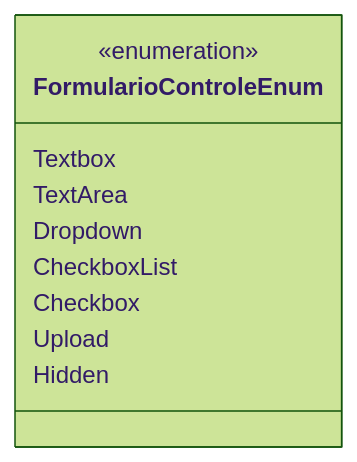
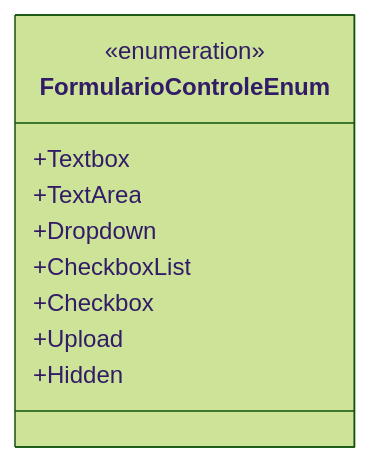
The diagram in docs/b2b-dominio/IsthmusWinthor.Nucleo/IsthmusWinthor.Dominio/Enumeradores/FormularioControleEnum.md (IsthmusSistemas/documentacao-tecnica), drawn with Mermaid (forest theme) before and after one commit. The commit also changed other lines of this file and 882 other files, not shown here.

````diff
--- a/docs/b2b-dominio/IsthmusWinthor.Nucleo/IsthmusWinthor.Dominio/Enumeradores/FormularioControleEnum.md
+++ b/docs/b2b-dominio/IsthmusWinthor.Nucleo/IsthmusWinthor.Dominio/Enumeradores/FormularioControleEnum.md
@@ -11,13 +20,13 @@
 ```mermaid
 classDiagram
     class FormularioControleEnum {
         <<enumeration>>
-        Textbox
-        TextArea
-        Dropdown
-        CheckboxList
-        Checkbox
-        Upload
-        Hidden
+        +Textbox
+        +TextArea
+        +Dropdown
+        +CheckboxList
+        +Checkbox
+        +Upload
+        +Hidden
     }
 ```
````
